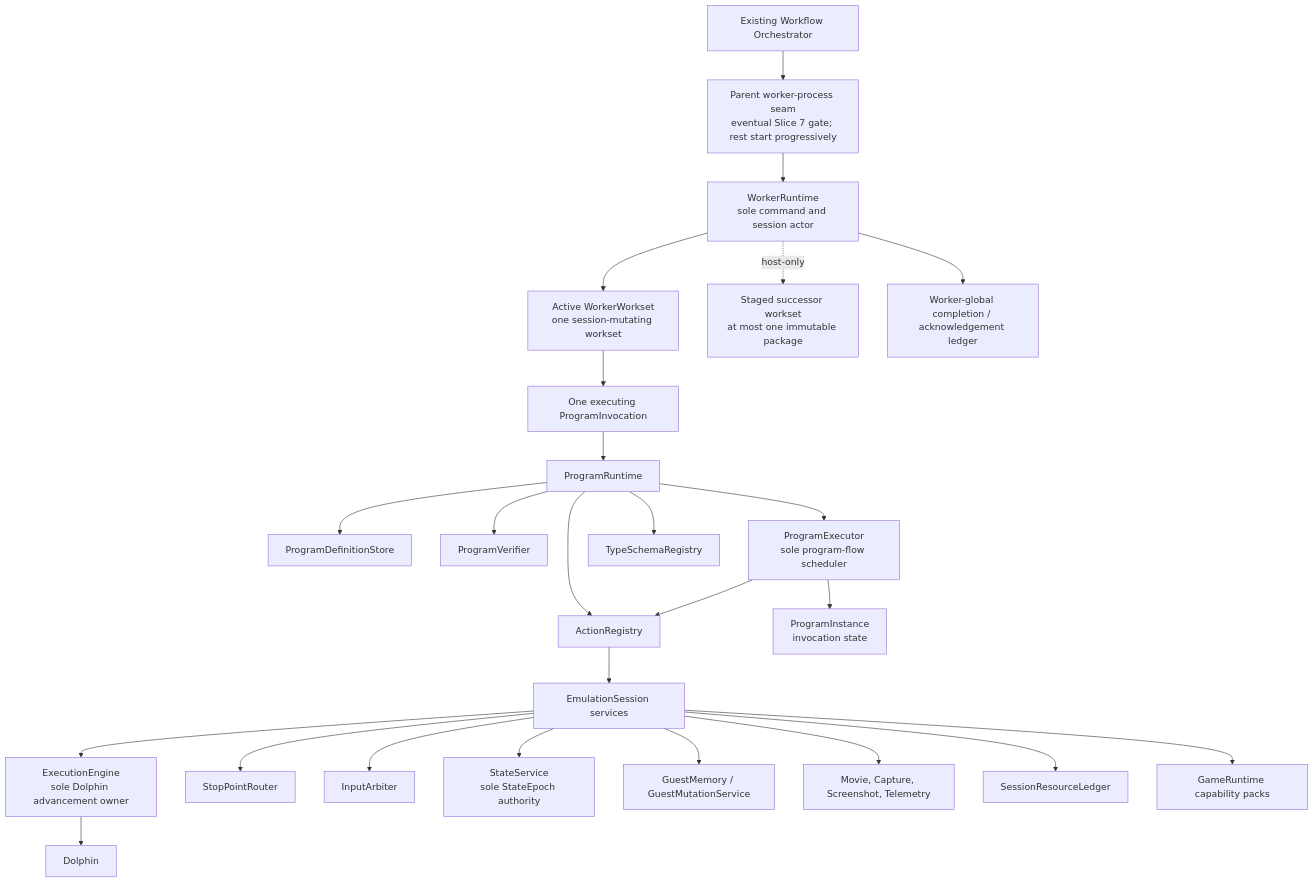
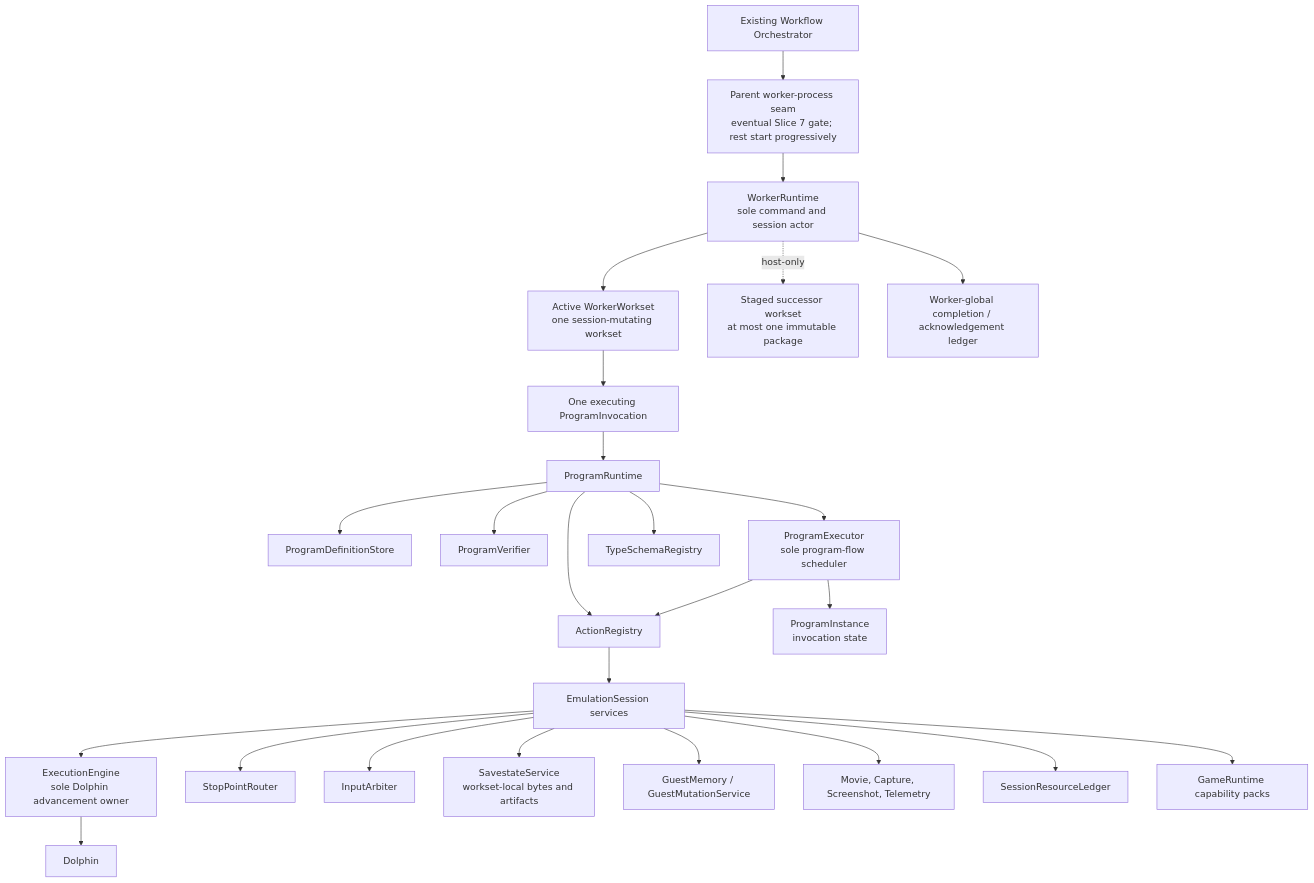
One commit to jahorta/SAVOR changed the diagram in planning/ExecutionRuntime/README.md. Above: the diagram before and after it, drawn with Mermaid. The commit also changed other lines of this file and 243 other files, not shown here.

````diff
--- a/planning/ExecutionRuntime/README.md
+++ b/planning/ExecutionRuntime/README.md
@@ -137,27 +143,27 @@
 ```mermaid
 flowchart TD
     WF["Existing Workflow Orchestrator"] --> PS["Parent worker-process seam<br/>eventual Slice 7 gate; rest start progressively"]
     PS --> WR["WorkerRuntime<br/>sole command and session actor"]
     WR --> AW["Active WorkerWorkset<br/>one session-mutating workset"]
     WR -. host-only .-> SW["Staged successor workset<br/>at most one immutable package"]
     WR --> CL["Worker-global completion / acknowledgement ledger"]
     AW --> INV["One executing ProgramInvocation"]
     INV --> PR["ProgramRuntime"]
     PR --> DS["ProgramDefinitionStore"]
     PR --> VF["ProgramVerifier"]
     PR --> PE["ProgramExecutor<br/>sole program-flow scheduler"]
     PR --> AR["ActionRegistry"]
     PR --> TR["TypeSchemaRegistry"]
     PE --> PI["ProgramInstance<br/>invocation state"]
     PE --> AR
     AR --> ES["EmulationSession services"]
     ES --> EE["ExecutionEngine<br/>sole Dolphin advancement owner"]
     ES --> SR["StopPointRouter"]
     ES --> IA["InputArbiter"]
-    ES --> SS["StateService<br/>sole StateEpoch authority"]
+    ES --> SS["SavestateService<br/>workset-local bytes and artifacts"]
     ES --> GM["GuestMemory / GuestMutationService"]
     ES --> MC["Movie, Capture, Screenshot, Telemetry"]
     ES --> RL["SessionResourceLedger"]
     ES --> GR["GameRuntime capability packs"]
     EE --> D["Dolphin"]
 ```
````
